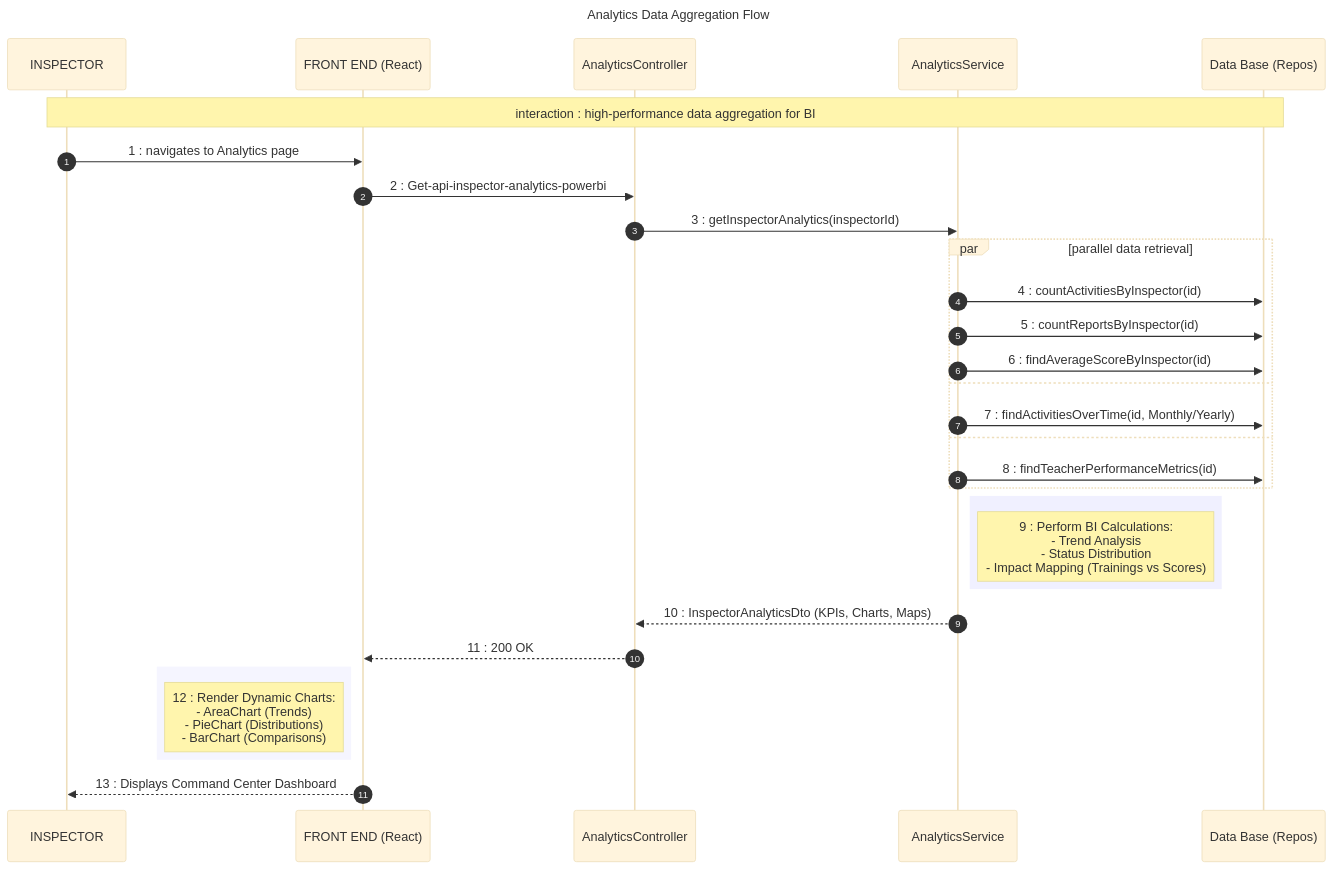
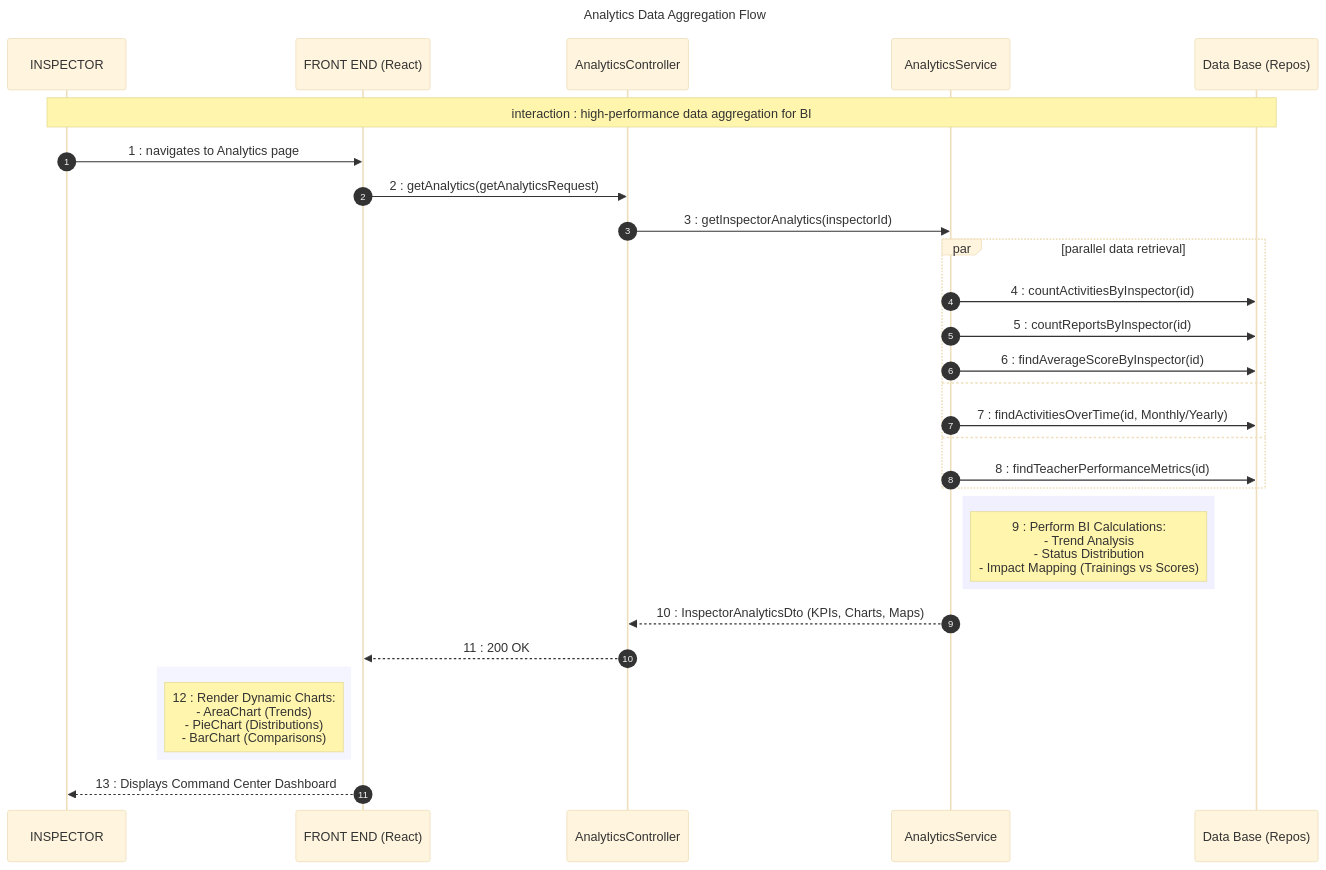
Before and after one commit to chbichibsofiene/inspector: the diagram in uml_diagrams/powerbi_analytics_sequence.md, drawn with Mermaid (base theme). The commit also changed 41 other files, not shown here.

Commit message:
feat: Sprint 4 - Communication & Analytics | updated UML diagrams, class diagrams (StarUML), Messenger service fixes, Docker configs, and documentation

````diff
--- a/uml_diagrams/powerbi_analytics_sequence.md
+++ b/uml_diagrams/powerbi_analytics_sequence.md
@@ -7,39 +7,39 @@
 ```mermaid
 sequenceDiagram
     title: Analytics Data Aggregation Flow
     autonumber
     participant USER as INSPECTOR
     participant FE as FRONT END (React)
     participant AC as AnalyticsController
     participant AS as AnalyticsService
     participant DB as Data Base (Repos)
 
     Note over USER, DB: interaction : high-performance data aggregation for BI
 
     USER->>FE: 1 : navigates to Analytics page
-    FE->>AC: 2 : Get-api-inspector-analytics-powerbi
+    FE->>AC: 2 : getAnalytics(getAnalyticsRequest)
     AC->>AS: 3 : getInspectorAnalytics(inspectorId)
     
     par parallel data retrieval
         AS->>DB: 4 : countActivitiesByInspector(id)
         AS->>DB: 5 : countReportsByInspector(id)
         AS->>DB: 6 : findAverageScoreByInspector(id)
     and
         AS->>DB: 7 : findActivitiesOverTime(id, Monthly/Yearly)
     and
         AS->>DB: 8 : findTeacherPerformanceMetrics(id)
     end
 
     rect rgb(240, 240, 255)
         Note right of AS: 9 : Perform BI Calculations:<br/>- Trend Analysis<br/>- Status Distribution<br/>- Impact Mapping (Trainings vs Scores)
     end
 
     AS-->>AC: 10 : InspectorAnalyticsDto (KPIs, Charts, Maps)
     AC-->>FE: 11 : 200 OK
     
     rect rgb(245, 245, 255)
         Note left of FE: 12 : Render Dynamic Charts:<br/>- AreaChart (Trends)<br/>- PieChart (Distributions)<br/>- BarChart (Comparisons)
     end
     
     FE-->>USER: 13 : Displays Command Center Dashboard
 ```
````
